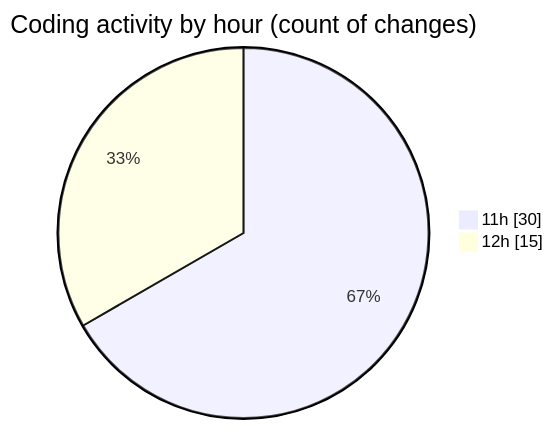
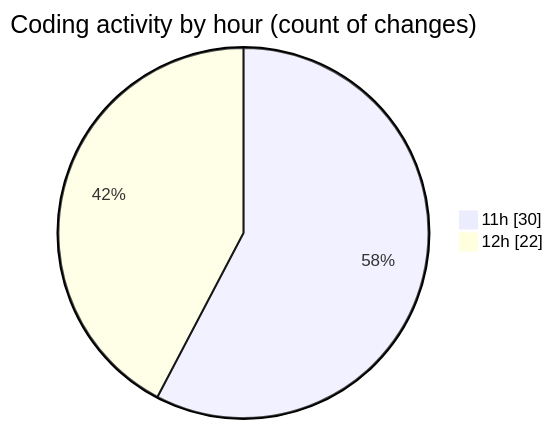
One commit to lephambinh05/code-tracking changed the second of 2 diagrams in 2025-08-25/studybuddy/README.md. Above: the diagram before and after it, drawn with Mermaid. The commit also changed other lines of this file and 1 other file, not shown here.

````diff
--- a/2025-08-25/studybuddy/README.md
+++ b/2025-08-25/studybuddy/README.md
@@ -56,6 +58,6 @@
 ```mermaid
 pie showData
 title Coding activity by hour (count of changes)
 "11h" : 30
-"12h" : 15
+"12h" : 22
 ```
````
